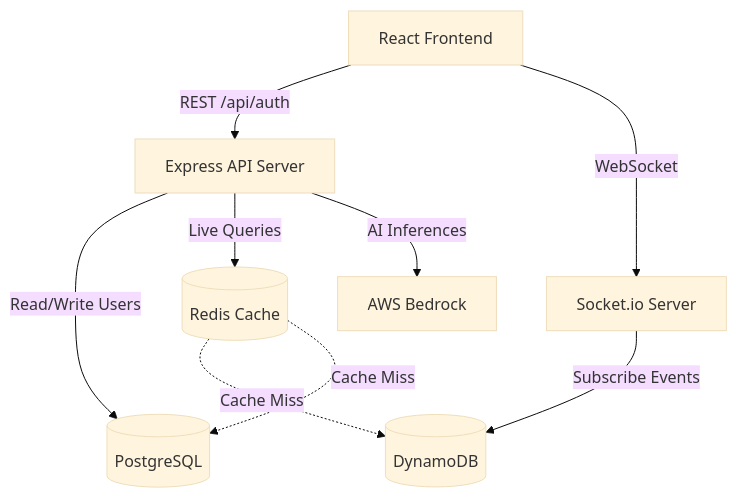
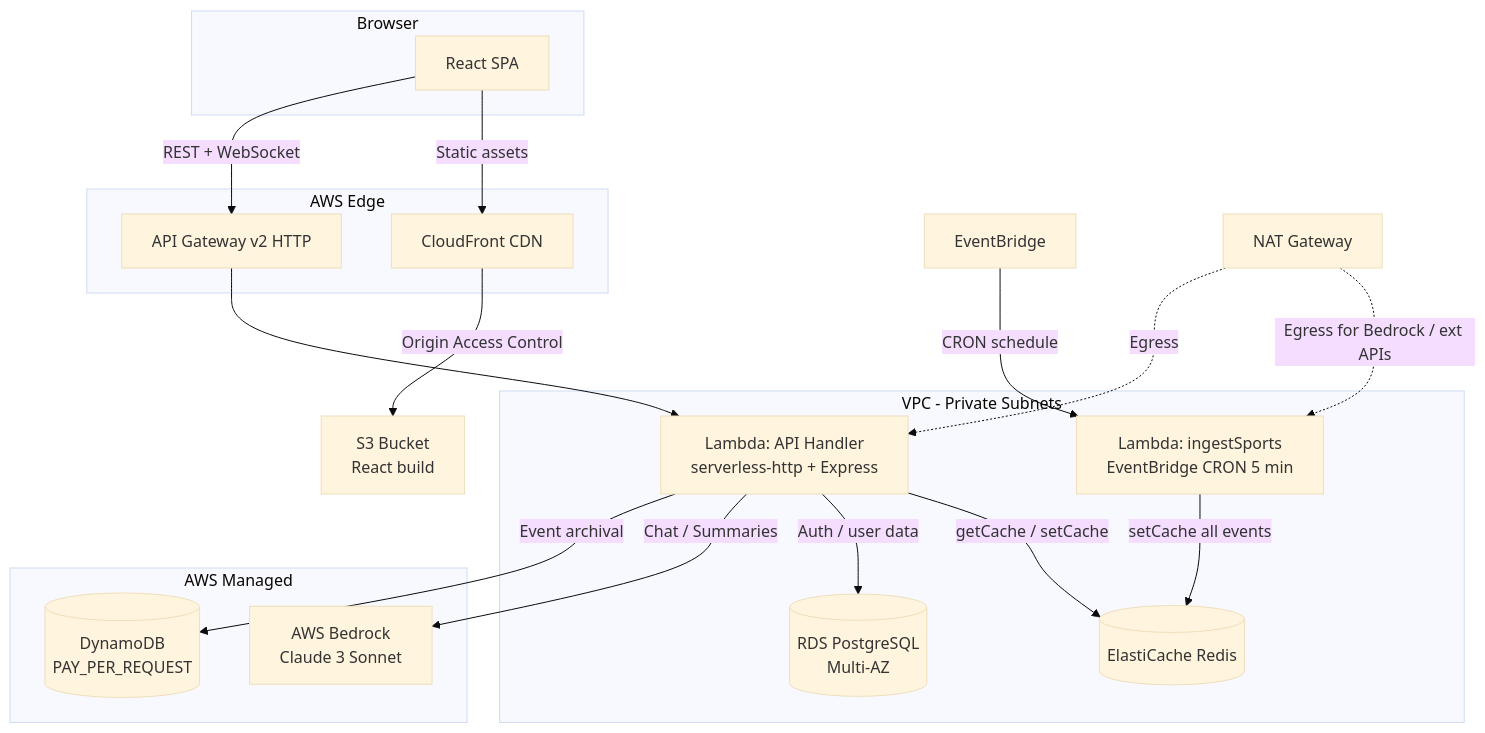
Before and after one commit to mchittineni/sports-monitor: the diagram in docs/ARCHITECTURE.md, drawn with Mermaid (base theme). The commit also changed other lines of this file and 17 other files, not shown here.

````diff
--- a/docs/ARCHITECTURE.md
+++ b/docs/ARCHITECTURE.md
@@ -7,14 +9,36 @@
 ```mermaid
 graph TD
-    Client[React Frontend] -->|REST /api/auth| API[Express API Server]
-    Client -->|WebSocket| WS[Socket.io Server]
+    subgraph Browser
+        Client[React SPA]
+    end
 
-    API -->|Read/Write Users| Postgres[(PostgreSQL)]
-    API -->|Live Queries| Redis[(Redis Cache)]
-    WS -->|Subscribe Events| DynamoDB[(DynamoDB)]
+    subgraph AWS Edge
+        CF[CloudFront CDN]
+        APIGW[API Gateway v2 HTTP]
+    end
 
-    API -->|AI Inferences| Bedrock[AWS Bedrock]
+    subgraph VPC - Private Subnets
+        LambdaAPI[Lambda: API Handler\nserverless-http + Express]
+        LambdaIngest[Lambda: ingestSports\nEventBridge CRON 5 min]
+        RDS[(RDS PostgreSQL\nMulti-AZ)]
+        Redis[(ElastiCache Redis)]
+    end
 
-    Redis -.->|Cache Miss| DynamoDB
-    Redis -.->|Cache Miss| Postgres
+    subgraph AWS Managed
+        Bedrock[AWS Bedrock\nClaude 3 Sonnet]
+        DynamoDB[(DynamoDB\nPAY_PER_REQUEST)]
+    end
+
+    Client -->|Static assets| CF
+    CF -->|Origin Access Control| S3[S3 Bucket\nReact build]
+    Client -->|REST + WebSocket| APIGW
+    APIGW --> LambdaAPI
+    LambdaAPI -->|getCache / setCache| Redis
+    LambdaAPI -->|Auth / user data| RDS
+    LambdaAPI -->|Chat / Summaries| Bedrock
+    LambdaAPI -->|Event archival| DynamoDB
+    LambdaIngest -->|setCache all events| Redis
+    EventBridge -->|CRON schedule| LambdaIngest
+    NAT[NAT Gateway] -.->|Egress for Bedrock / ext APIs| LambdaIngest
+    NAT -.->|Egress| LambdaAPI
 ```
````
